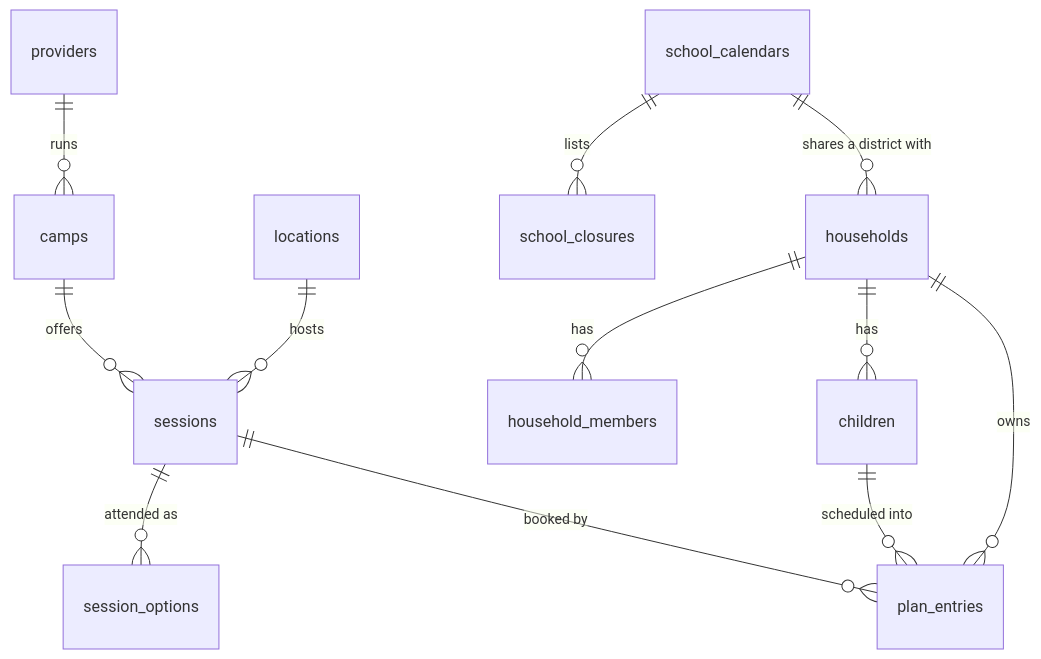
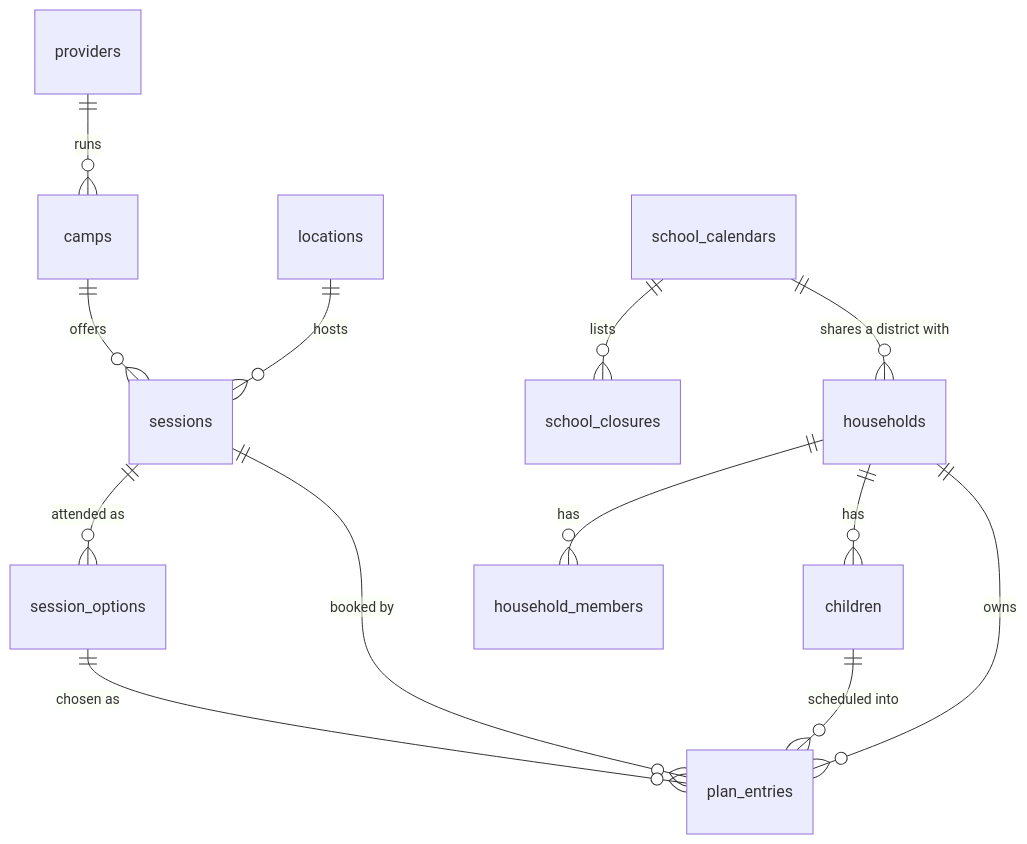
The diagram in docs/ARCHITECTURE.md (VTHoop/campout), drawn with Mermaid before and after one commit. The commit also changed other lines of this file and 17 other files, not shown here.

First line of the commit message:
Catalog review gate: status, verified chain, approval, guard, history, plan options (CAM-27, PR 2 of 2) (#23)

````diff
--- a/docs/ARCHITECTURE.md
+++ b/docs/ARCHITECTURE.md
@@ -38,14 +38,15 @@
 ```mermaid
 erDiagram
     providers ||--o{ camps : runs
     camps ||--o{ sessions : offers
     locations ||--o{ sessions : hosts
     sessions ||--o{ session_options : "attended as"
     households ||--o{ household_members : "has"
     households ||--o{ children : "has"
     households ||--o{ plan_entries : owns
     children ||--o{ plan_entries : "scheduled into"
     sessions ||--o{ plan_entries : "booked by"
+    session_options ||--o{ plan_entries : "chosen as"
     school_calendars ||--o{ school_closures : "lists"
     school_calendars ||--o{ households : "shares a district with"
 ```
````
